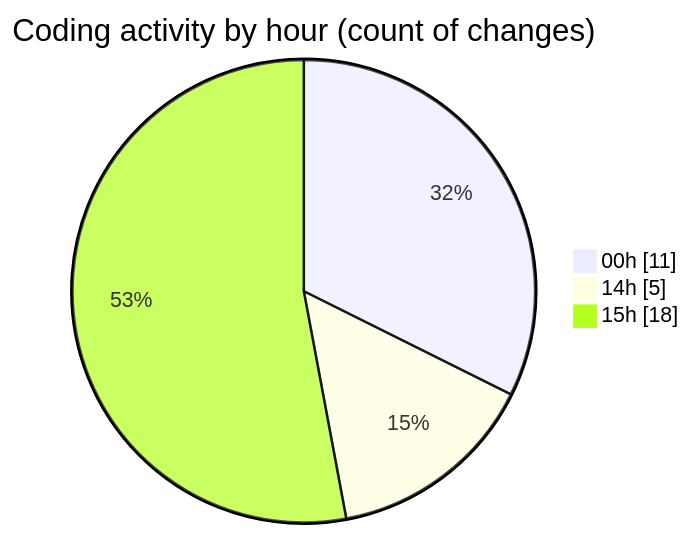
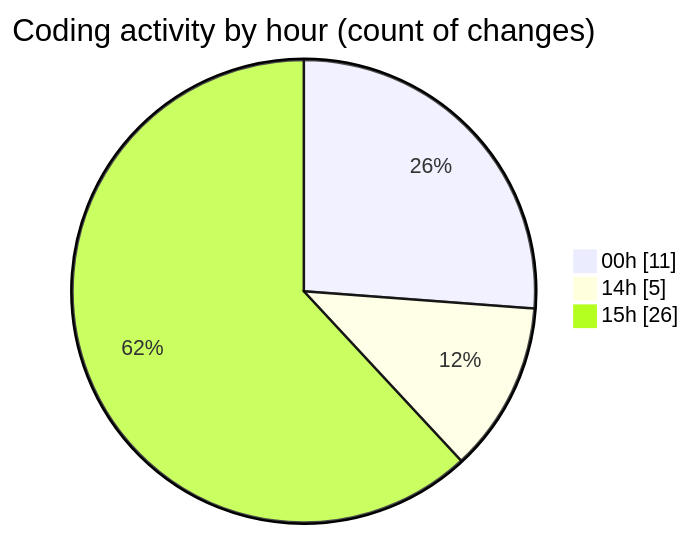
One commit to Ritupan-Deka/code-tracking changed the second of 2 diagrams in 2025-06-21/refinedproject/README.md. Above: the diagram before and after it, drawn with Mermaid. The commit also changed other lines of this file and 1 other file, not shown here.

````diff
--- a/2025-06-21/refinedproject/README.md
+++ b/2025-06-21/refinedproject/README.md
@@ -34,7 +35,7 @@
 ```mermaid
 pie showData
 title Coding activity by hour (count of changes)
 "00h" : 11
 "14h" : 5
-"15h" : 18
+"15h" : 26
 ```
````
